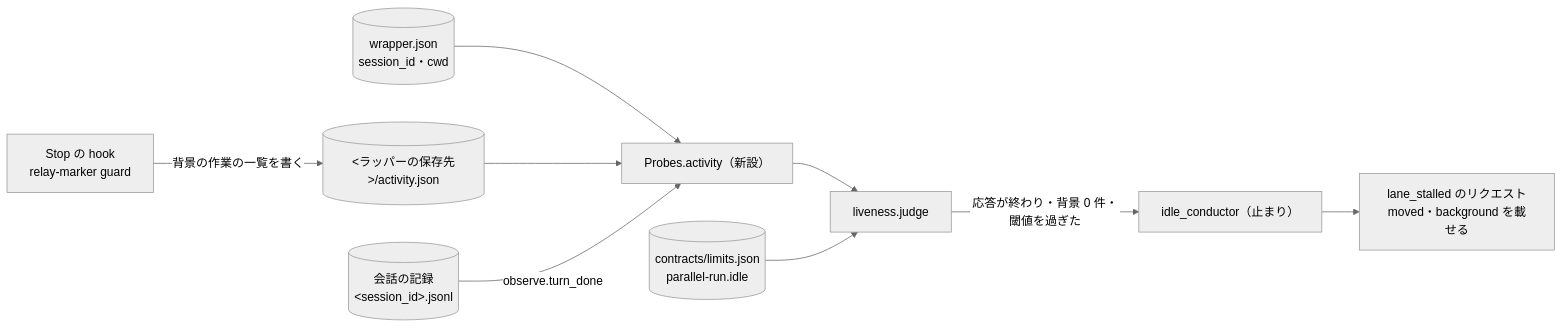
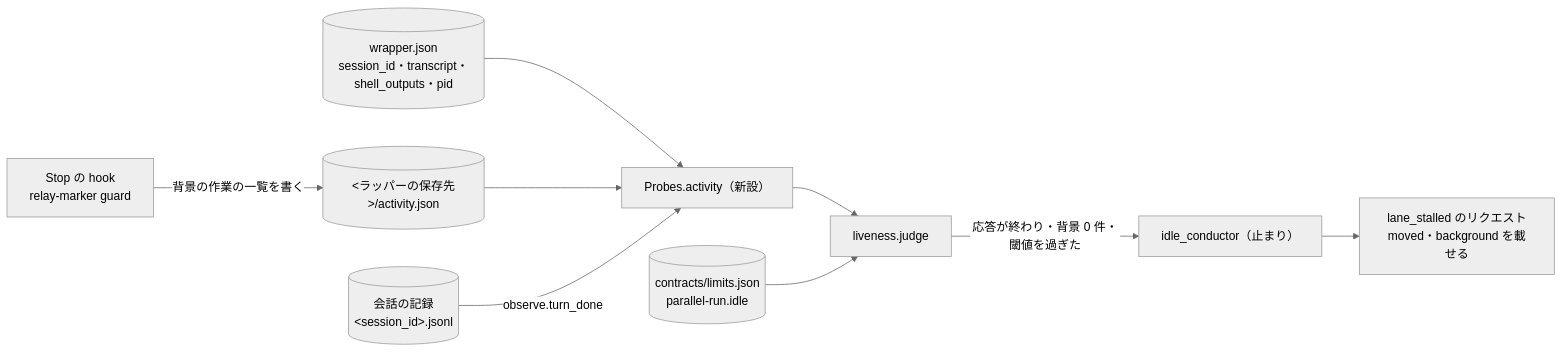
The second of 4 diagrams in issues/issue-4036-design.md (devbasex/ai-plugins), drawn with Mermaid (neutral theme) before and after one commit. The commit also changed other lines of this file, not shown here.

First line of the commit message:
docs(4036): 処理の流れの図と決定 1 を、保存済みのパスから応答を先に読む手順にそろえる

````diff
--- a/issues/issue-4036-design.md
+++ b/issues/issue-4036-design.md
@@ -53,11 +53,11 @@
 ```mermaid
 flowchart LR
     SH["Stop の hook<br/>relay-marker guard"] -->|"背景の作業の一覧を書く"| AF[("&lt;ラッパーの保存先&gt;/activity.json")]
-    WJ[("wrapper.json<br/>session_id・cwd")] --> PR["Probes.activity（新設）"]
+    WJ[("wrapper.json<br/>session_id・transcript・shell_outputs・pid")] --> PR["Probes.activity（新設）"]
     AF --> PR
     TR[("会話の記録<br/>&lt;session_id&gt;.jsonl")] -->|"observe.turn_done"| PR
     PR --> J["liveness.judge"]
     L[("contracts/limits.json<br/>parallel-run.idle")] --> J
     J -->|"応答が終わり・背景 0 件・閾値を過ぎた"| S["idle_conductor（止まり）"]
     S --> RQ["lane_stalled のリクエスト<br/>moved・background を載せる"]
 ```
````
